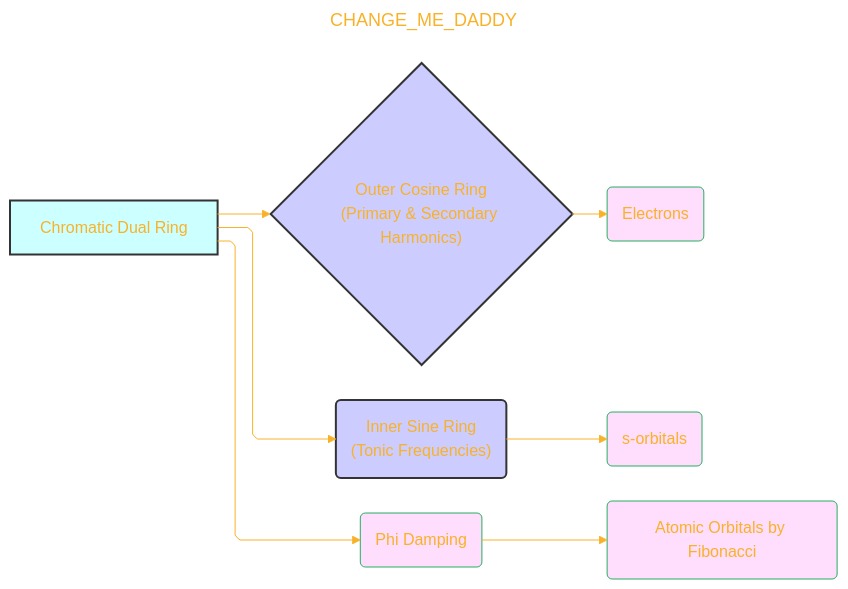
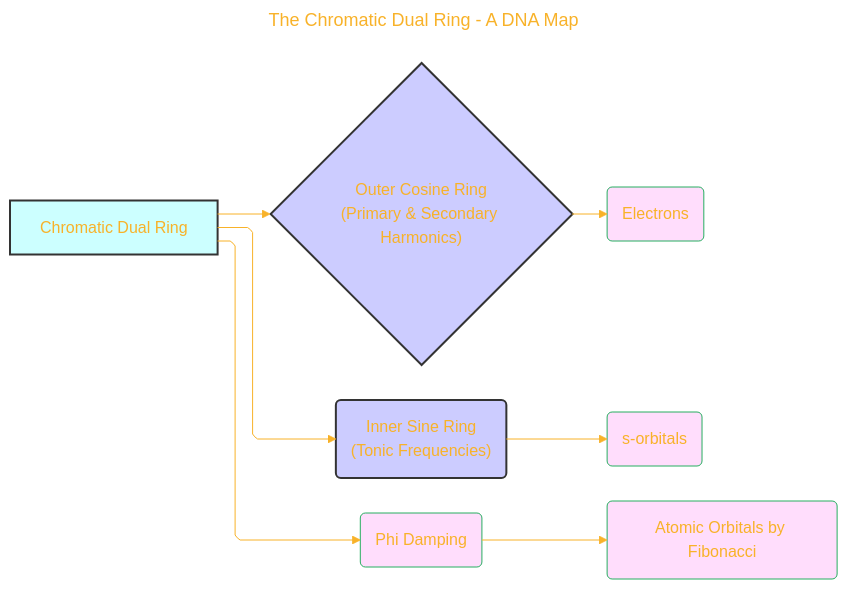
One commit to CongLeSolutionX/Harmonic_Atomica changed the third of 6 diagrams in Quantum_Harmonic_Atomic_Model/Quantum_Harmonic_Atomic_Model_Draft_9.md. Above: the diagram before and after it, drawn with Mermaid. The commit also changed other lines of this file, not shown here.

````diff
--- a/Quantum_Harmonic_Atomic_Model/Quantum_Harmonic_Atomic_Model_Draft_9.md
+++ b/Quantum_Harmonic_Atomic_Model/Quantum_Harmonic_Atomic_Model_Draft_9.md
@@ -194,45 +194,45 @@
 ```mermaid
 ---
-title: "CHANGE_ME_DADDY"
+title: "The Chromatic Dual Ring - A DNA Map"
 author: "Cong Le"
 version: "1.0"
 license(s): "MIT, CC BY 4.0"
 copyright: "Copyright (c) 2025 Cong Le. All Rights Reserved."
 config:
   layout: elk
   theme: base
 ---
 %%%%%%%% Mermaid version v11.4.1-b.14
 %%%%%%%% Available curve styles include the following keywords:
 %% basis, bumpX, bumpY, cardinal, catmullRom, linear, monotoneX, monotoneY, natural, step, stepAfter, stepBefore.
 %%{
   init: {
     'flowchart': { 'htmlLabels': false, 'curve': 'linear' },
     'fontFamily': 'Monaco',
     'themeVariables': {
       'primaryColor': '#F5E3',
       'primaryTextColor': '#F8B229',
       'lineColor': '#F8B229',
       'primaryBorderColor': '#27AE60',
       'secondaryColor': '#EBDEF0',
       'secondaryTextColor': '#6C3483',
       'secondaryBorderColor': '#A569BD'
     }
   }
 }%%
 flowchart LR
     A["Chromatic Dual Ring"] --> B{"Outer Cosine Ring<br/>(Primary & Secondary Harmonics)"}
     B --> C("Electrons")
     
     
     A --> D("Inner Sine Ring<br/>(Tonic Frequencies)")
     D --> E("s-orbitals")
     
     A --> F("Phi Damping")
     F --> G("Atomic Orbitals by Fibonacci")
 
     style A fill:#cff,stroke:#333,stroke-width:2px
     style B fill:#ccf,stroke:#333,stroke-width:2px
     style D fill:#ccf,stroke:#333,stroke-width:2px
     
 ```
````
